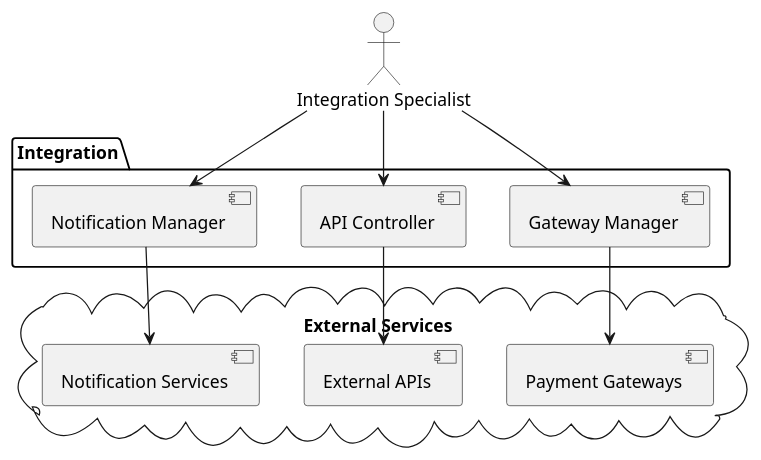
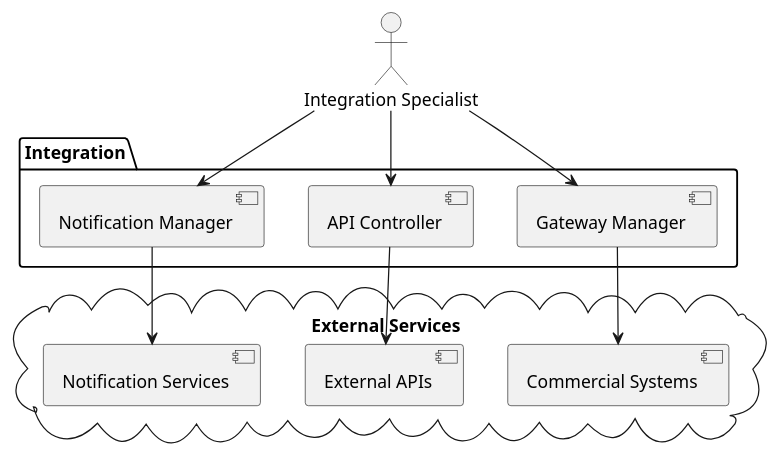
Before and after one commit to RobertVejvoda/FPS: the third of 3 diagrams in docs/business-layer/configuration.md, drawn with PlantUML. The commit also changed 19 other files, not shown here.

````diff
--- a/docs/business-layer/configuration.md
+++ b/docs/business-layer/configuration.md
@@ -130,21 +130,21 @@
 ```plantuml
 @startuml
 actor "Integration Specialist" as is
 package "Integration" {
         [Gateway Manager]
         [API Controller]
         [Notification Manager]
 }
 cloud "External Services" {
-        [Payment Gateways]
+        [Commercial Systems]
         [External APIs]
         [Notification Services]
 }
 is --> [Gateway Manager]
 is --> [API Controller]
 is --> [Notification Manager]
-[Gateway Manager] --> [Payment Gateways]
+[Gateway Manager] --> [Commercial Systems]
 [API Controller] --> [External APIs]
 [Notification Manager] --> [Notification Services]
 @enduml
 ```
````
